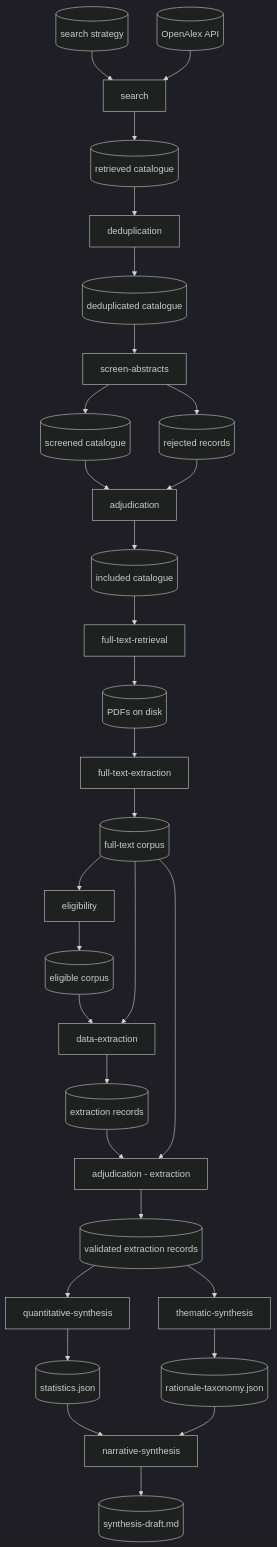
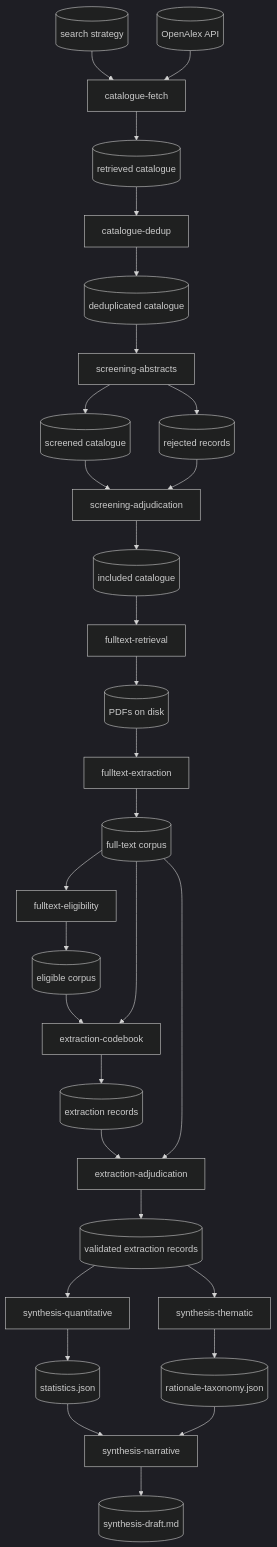
One commit to geomar-od-lagrange/2026_laglitsynth changed the diagram in docs/pipeline.md. Above: the diagram before and after it, drawn with Mermaid (dark theme). The commit also changed other lines of this file and 45 other files, not shown here.

````diff
--- a/docs/pipeline.md
+++ b/docs/pipeline.md
@@ -227,62 +227,62 @@
 ```mermaid
 graph TD
     KW[(search strategy)]
     OA[(OpenAlex API)]
     RCAT[(retrieved catalogue)]
     DCAT[(deduplicated catalogue)]
     SCAT[(screened catalogue)]
     REJ[(rejected records)]
     ICAT[(included catalogue)]
     PDFS[(PDFs on disk)]
     FTC[(full-text corpus)]
     ECORP[(eligible corpus)]
     EXT[(extraction records)]
     EXTV[(validated extraction records)]
     STAT[(statistics.json)]
     TAX[(rationale-taxonomy.json)]
     SYN[(synthesis-draft.md)]
 
-    FETCH[search]
-    DEDUP[deduplication]
-    SCREEN[screen-abstracts]
-    ADJUD[adjudication]
-    RETRIEVE[full-text-retrieval]
-    GROBID[full-text-extraction]
-    ELIG[eligibility]
-    EXTRACT[data-extraction]
-    ADJUD2[adjudication - extraction]
-    QSYNTH[quantitative-synthesis]
-    TSYNTH[thematic-synthesis]
-    NARR[narrative-synthesis]
+    FETCH[catalogue-fetch]
+    DEDUP[catalogue-dedup]
+    SCREEN[screening-abstracts]
+    ADJUD[screening-adjudication]
+    RETRIEVE[fulltext-retrieval]
+    GROBID[fulltext-extraction]
+    ELIG[fulltext-eligibility]
+    EXTRACT[extraction-codebook]
+    ADJUD2[extraction-adjudication]
+    QSYNTH[synthesis-quantitative]
+    TSYNTH[synthesis-thematic]
+    NARR[synthesis-narrative]
 
     KW --> FETCH
     OA --> FETCH
     FETCH --> RCAT
     RCAT --> DEDUP
     DEDUP --> DCAT
     DCAT --> SCREEN
     SCREEN --> SCAT
     SCREEN --> REJ
     SCAT --> ADJUD
     REJ --> ADJUD
     ADJUD --> ICAT
     ICAT --> RETRIEVE
     RETRIEVE --> PDFS
     PDFS --> GROBID
     GROBID --> FTC
     FTC --> ELIG
     ELIG --> ECORP
     ECORP --> EXTRACT
     FTC --> EXTRACT
     EXTRACT --> EXT
     EXT --> ADJUD2
     FTC --> ADJUD2
     ADJUD2 --> EXTV
     EXTV --> QSYNTH
     EXTV --> TSYNTH
     QSYNTH --> STAT
     TSYNTH --> TAX
     STAT --> NARR
     TAX --> NARR
     NARR --> SYN
 ```
````
